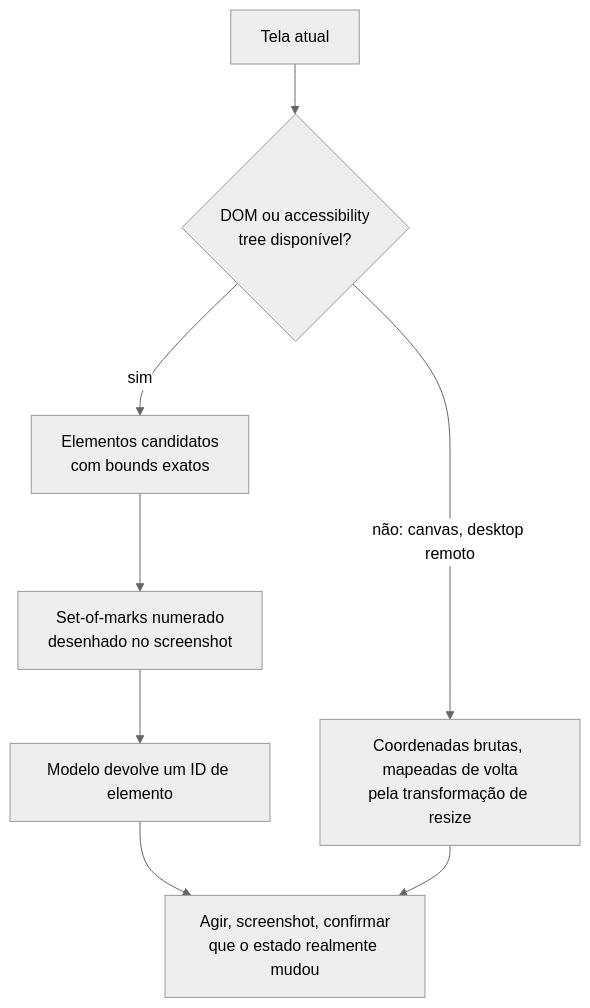
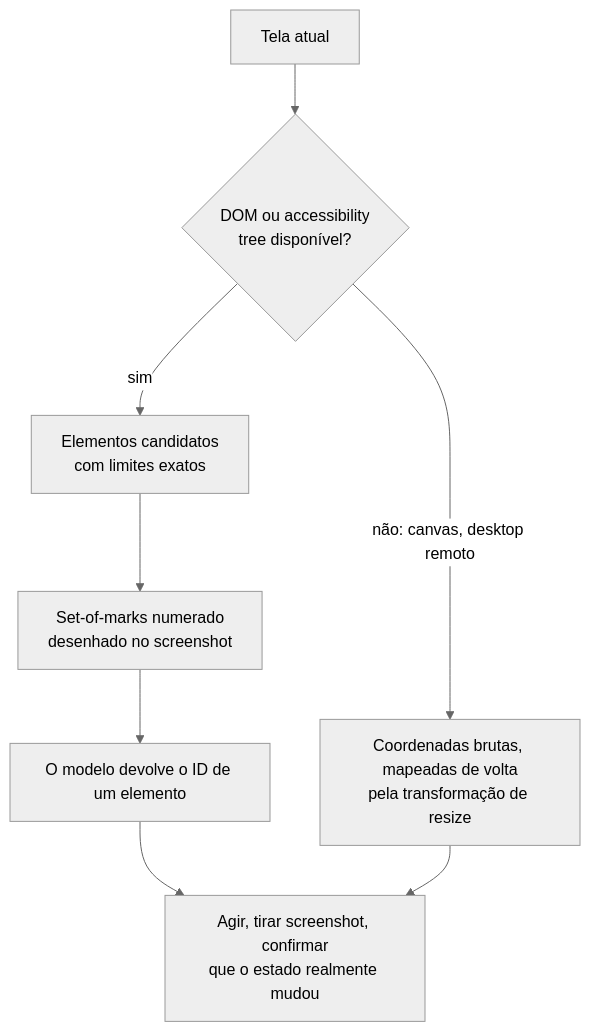
Before and after one commit to andrevberaldo/AI-Engineer-Interview-Questions: diagram 12 of 21 in 10-multimodal/questions.pt-BR.md, drawn with Mermaid (neutral theme). The commit also changed other lines of this file and 1 other file, not shown here.

````diff
--- a/10-multimodal/questions.pt-BR.md
+++ b/10-multimodal/questions.pt-BR.md
@@ -531,10 +531,10 @@
 ```mermaid
 flowchart TD
     A["Tela atual"] --> B{"DOM ou accessibility<br/>tree disponível?"}
-    B -->|"sim"| C["Elementos candidatos<br/>com bounds exatos"]
+    B -->|"sim"| C["Elementos candidatos<br/>com limites exatos"]
     C --> D["Set-of-marks numerado<br/>desenhado no screenshot"]
-    D --> E["Modelo devolve um ID de elemento"]
+    D --> E["O modelo devolve o ID de um elemento"]
     B -->|"não: canvas, desktop remoto"| F["Coordenadas brutas, mapeadas de volta<br/>pela transformação de resize"]
-    E --> G["Agir, screenshot, confirmar<br/>que o estado realmente mudou"]
+    E --> G["Agir, tirar screenshot, confirmar<br/>que o estado realmente mudou"]
     F --> G
 ```
````
